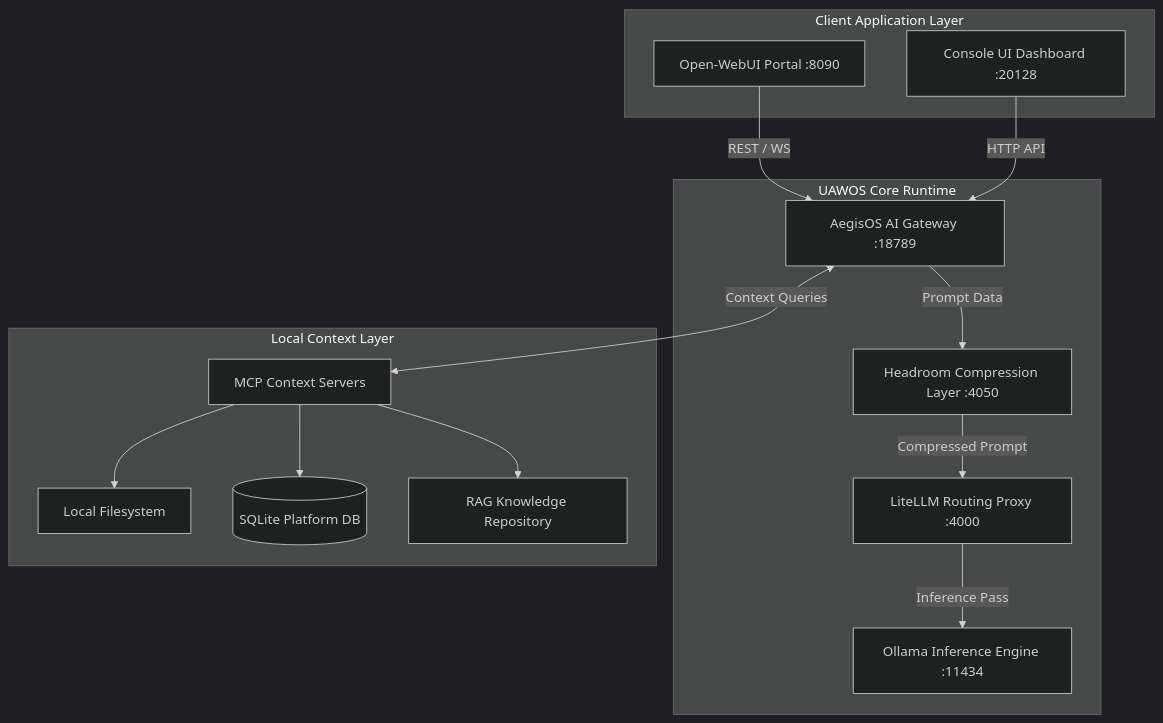
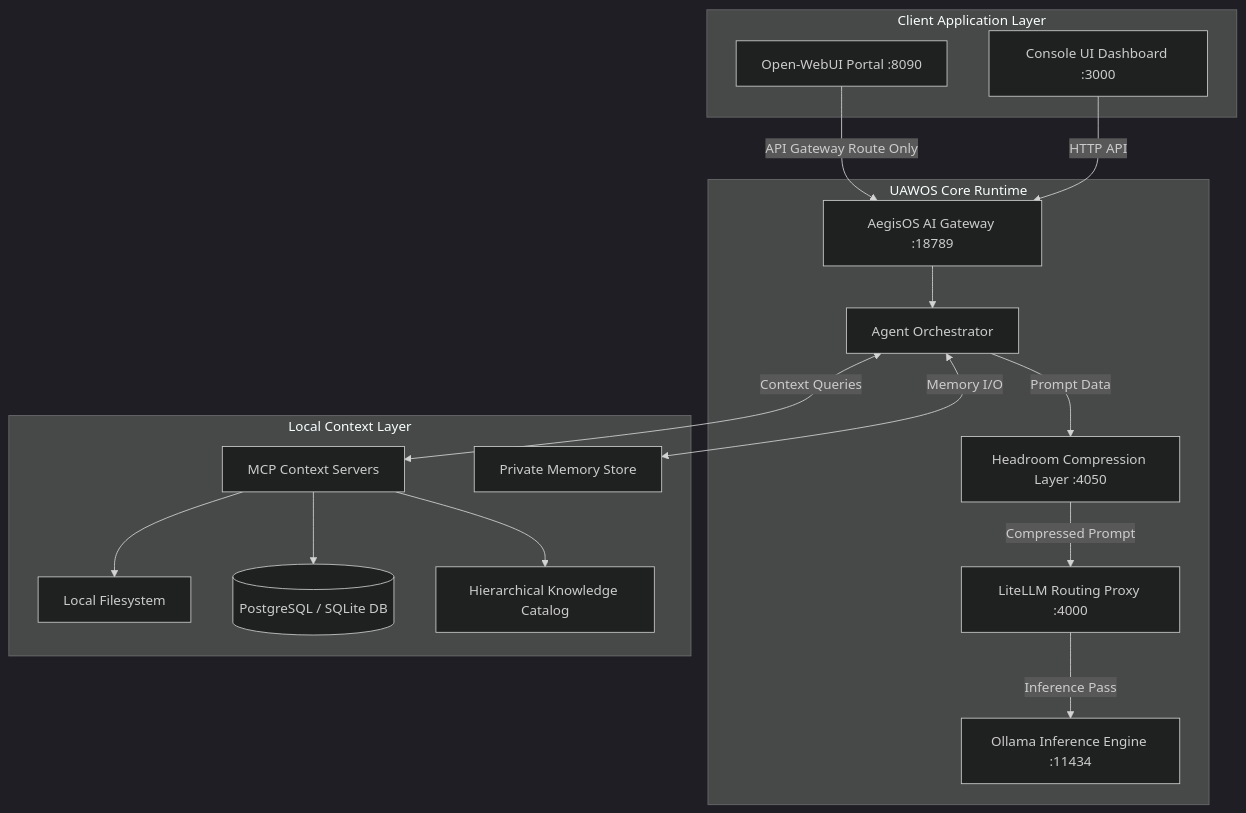
The third of 3 diagrams in docs/uawos_integration/04_integration_strategy.md (rjmad1/AegisOS), drawn with Mermaid (dark theme) before and after one commit. The commit also changed other lines of this file and 25 other files, not shown here.

````diff
--- a/docs/uawos_integration/04_integration_strategy.md
+++ b/docs/uawos_integration/04_integration_strategy.md
@@ -104,32 +115,36 @@
 ```mermaid
 graph TB
     subgraph Client Application Layer
         UI[Open-WebUI Portal :8090]
-        Console[Console UI Dashboard :20128]
+        Console[Console UI Dashboard :3000]
     end
 
     subgraph UAWOS Core Runtime
         OC[AegisOS AI Gateway :18789]
+        Orch[Agent Orchestrator]
         HR[Headroom Compression Layer :4050]
         LL[LiteLLM Routing Proxy :4000]
         OL[Ollama Inference Engine :11434]
     end
 
     subgraph Local Context Layer
         FS[Local Filesystem]
         MCP[MCP Context Servers]
-        DB[(SQLite Platform DB)]
-        KR[RAG Knowledge Repository]
+        DB[(PostgreSQL / SQLite DB)]
+        KR[Hierarchical Knowledge Catalog]
+        Memory[Private Memory Store]
     end
 
     %% Interactions
-    UI -->|REST / WS| OC
+    UI -->|API Gateway Route Only| OC
     Console -->|HTTP API| OC
-    OC -->|Prompt Data| HR
+    OC --> Orch
+    Orch -->|Prompt Data| HR
     HR -->|Compressed Prompt| LL
     LL -->|Inference Pass| OL
-    OC <-->|Context Queries| MCP
+    Orch <-->|Context Queries| MCP
+    Orch <-->|Memory I/O| Memory
     MCP --> FS
     MCP --> DB
     MCP --> KR
 ```
````
